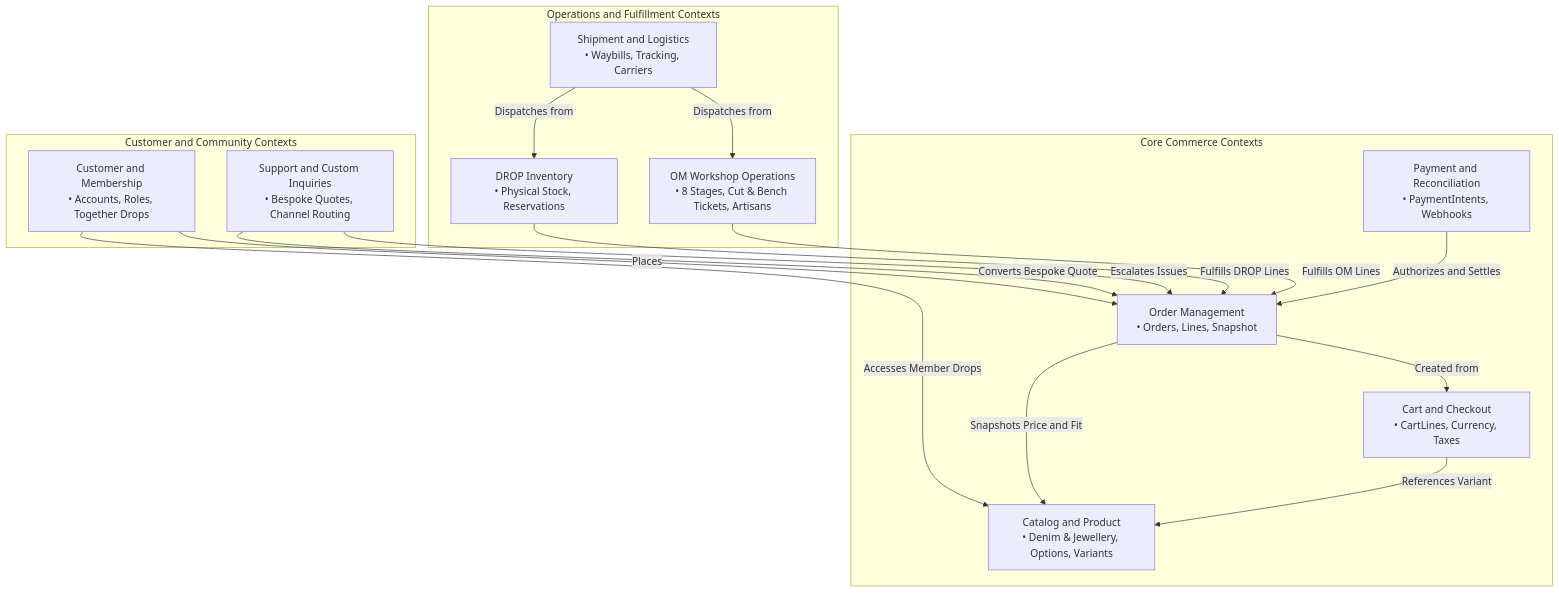
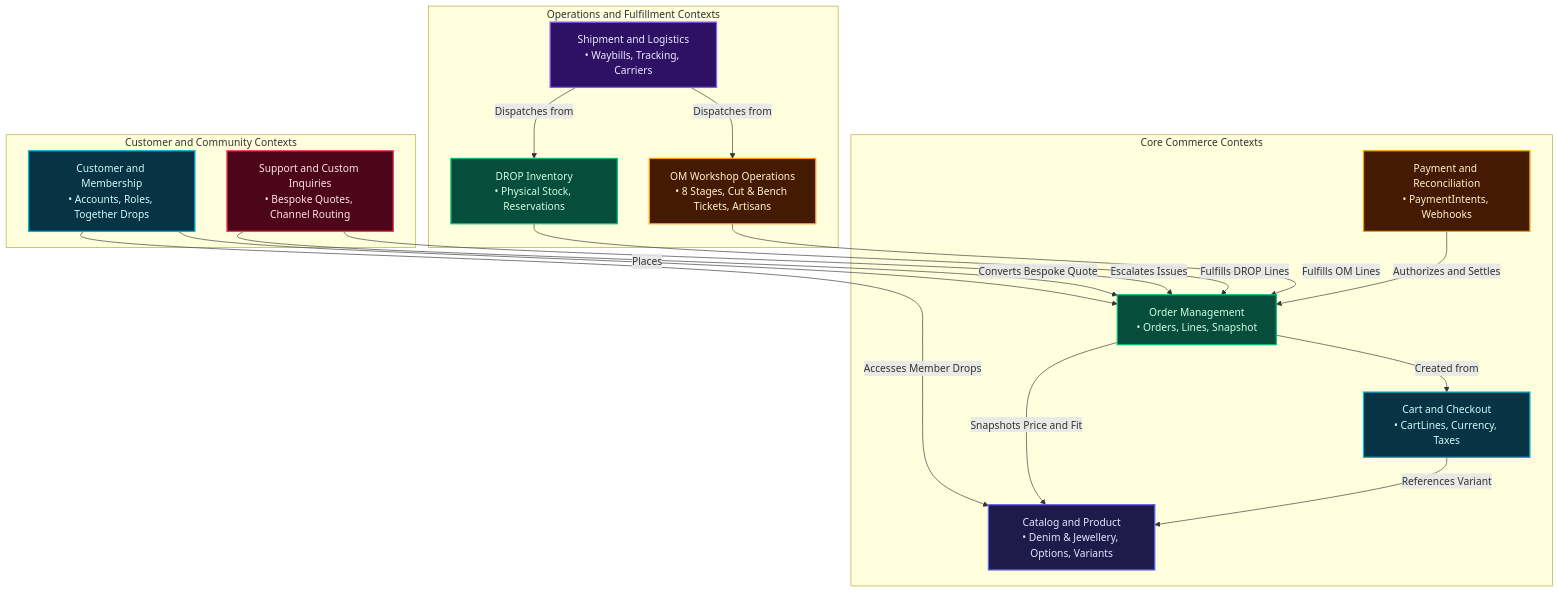
One commit to Sarthak2233/Jeanius changed the diagram in docs/assets/diagrams/src/domain-bounded-contexts.mmd. Above: the diagram before and after it, drawn with Mermaid. The commit also changed 43 other files, not shown here.

First line of the commit message:
feat(docs): revamp diagrams with high-contrast dark atelier card styling and semantic palettes

```diff
--- a/docs/assets/diagrams/src/domain-bounded-contexts.mmd
+++ b/docs/assets/diagrams/src/domain-bounded-contexts.mmd
@@ -1,31 +1,45 @@
 graph TD
     subgraph Core Commerce Contexts
         Catalog["Catalog and Product<br/>• Denim & Jewellery, Options, Variants"]
         Cart["Cart and Checkout<br/>• CartLines, Currency, Taxes"]
         Order["Order Management<br/>• Orders, Lines, Snapshot"]
         Payment["Payment and Reconciliation<br/>• PaymentIntents, Webhooks"]
     end
 
     subgraph Operations and Fulfillment Contexts
         Production["OM Workshop Operations<br/>• 8 Stages, Cut & Bench Tickets, Artisans"]
         Inventory["DROP Inventory<br/>• Physical Stock, Reservations"]
         Shipping["Shipment and Logistics<br/>• Waybills, Tracking, Carriers"]
     end
 
     subgraph Customer and Community Contexts
         Customer["Customer and Membership<br/>• Accounts, Roles, Together Drops"]
         Support["Support and Custom Inquiries<br/>• Bespoke Quotes, Channel Routing"]
     end
 
     Cart -->|References Variant| Catalog
     Order -->|Created from| Cart
     Order -->|Snapshots Price and Fit| Catalog
     Payment -->|Authorizes and Settles| Order
     Production -->|Fulfills OM Lines| Order
     Inventory -->|Fulfills DROP Lines| Order
     Shipping -->|Dispatches from| Production
     Shipping -->|Dispatches from| Inventory
     Customer -->|Places| Order
     Customer -->|Accesses Member Drops| Catalog
     Support -->|Escalates Issues| Order
     Support -->|Converts Bespoke Quote| Order
+
+    classDef indigo fill:#1e1b4b,stroke:#6366f1,stroke-width:2px,color:#e0e7ff;
+    classDef cyan fill:#083344,stroke:#06b6d4,stroke-width:2px,color:#cffafe;
+    classDef emerald fill:#064e3b,stroke:#10b981,stroke-width:2px,color:#d1fae5;
+    classDef amber fill:#451a03,stroke:#f59e0b,stroke-width:2px,color:#fef3c7;
+    classDef violet fill:#2e1065,stroke:#8b5cf6,stroke-width:2px,color:#ede9fe;
+    classDef rose fill:#4c0519,stroke:#f43f5e,stroke-width:2px,color:#ffe4e6;
+
+    class Catalog indigo;
+    class Cart,Customer cyan;
+    class Order,Inventory emerald;
+    class Payment,Production amber;
+    class Shipping violet;
+    class Support rose;
```
